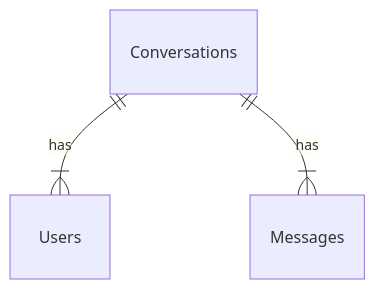
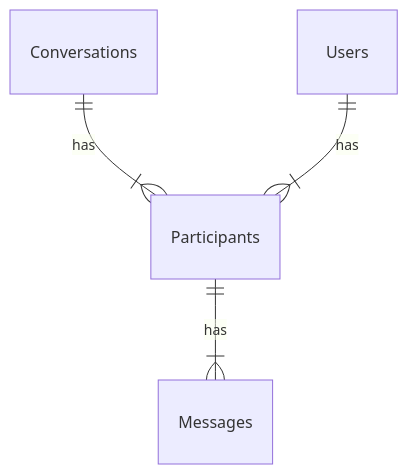
The diagram in assets/src/erd.mmd (mzyzc/echo), drawn with Mermaid before and after one commit. The commit also changed 1 other file, not shown here.

Commit message:
Updated entity-relationship diagram

```diff
--- a/assets/src/erd.mmd
+++ b/assets/src/erd.mmd
@@ -1,3 +1,4 @@
 erDiagram
-    Conversations ||--|{ Users : has
-    Conversations ||--|{ Messages: has
+    Conversations ||--|{ Participants : has
+    Users ||--|{ Participants : has
+    Participants ||--|{ Messages : has
```
